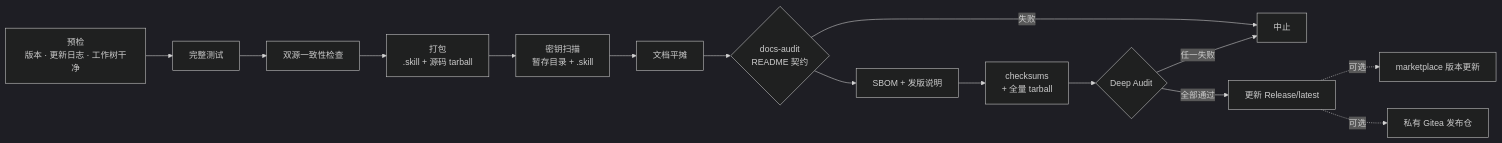
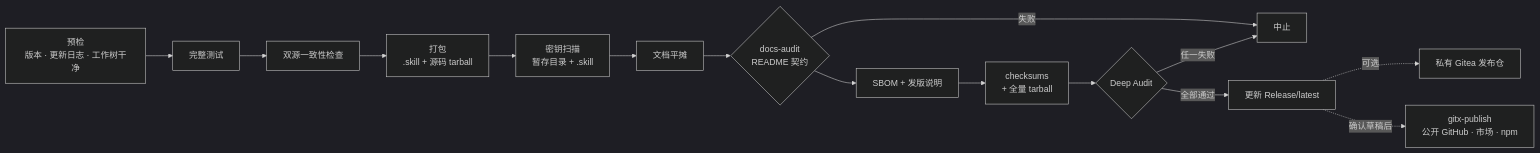
The diagram in README_CN.md (tkxlab-ai/GitX), drawn with Mermaid (dark theme) before and after one commit. The commit also changed other lines of this file and 98 other files, not shown here.

````diff
--- a/README_CN.md
+++ b/README_CN.md
@@ -176,17 +196,17 @@
 ```mermaid
 flowchart LR
   A[预检<br/>版本 · 更新日志 · 工作树干净] --> B[完整测试]
   B --> C[双源一致性检查]
   C --> D[打包<br/>.skill + 源码 tarball]
   D --> E[密钥扫描<br/>暂存目录 + .skill]
   E --> F[文档平摊]
   F --> J{docs-audit<br/>README 契约}
   J -->|失败| X
   J --> K[SBOM + 发版说明]
   K --> G[checksums<br/>+ 全量 tarball]
   G --> H{Deep Audit}
   H -->|全部通过| I[更新 Release/latest]
   H -->|任一失败| X[中止]
-  I -.可选.-> M[marketplace 版本更新]
   I -.可选.-> N[私有 Gitea 发布仓]
+  I -.确认草稿后.-> P[gitx-publish<br/>公开 GitHub · 市场 · npm]
 ```
````
